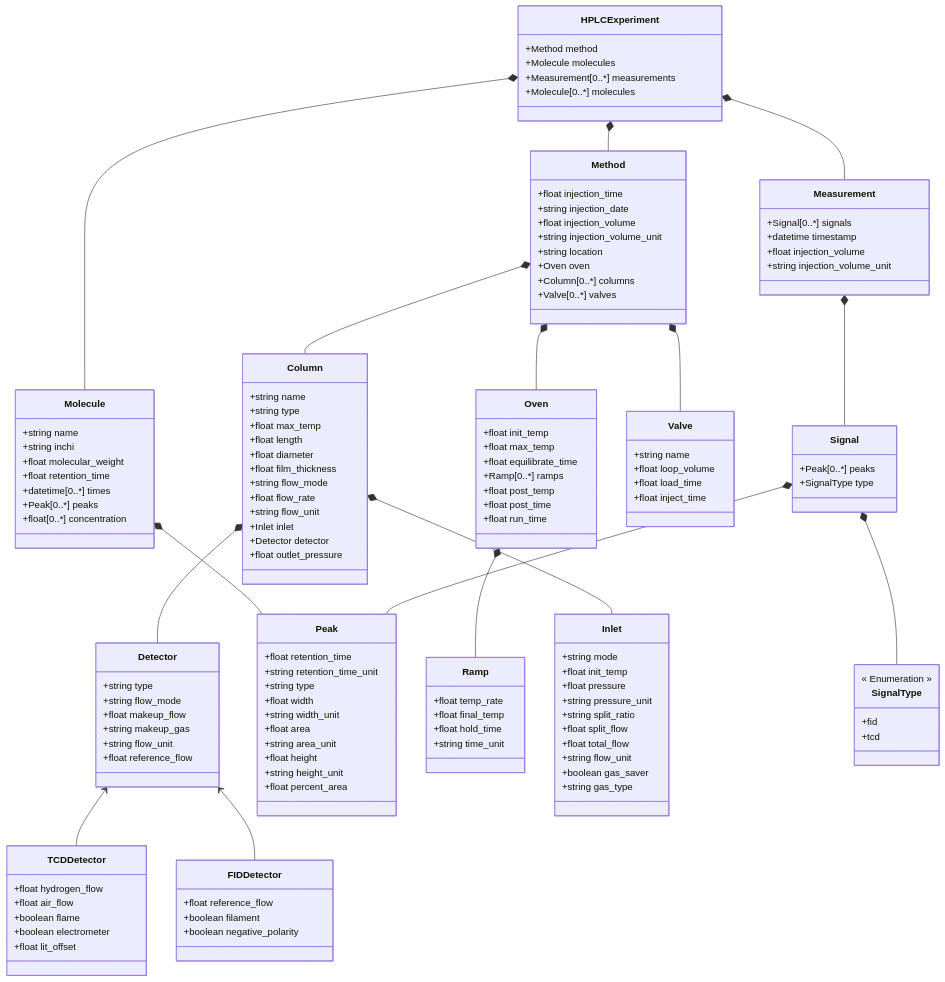
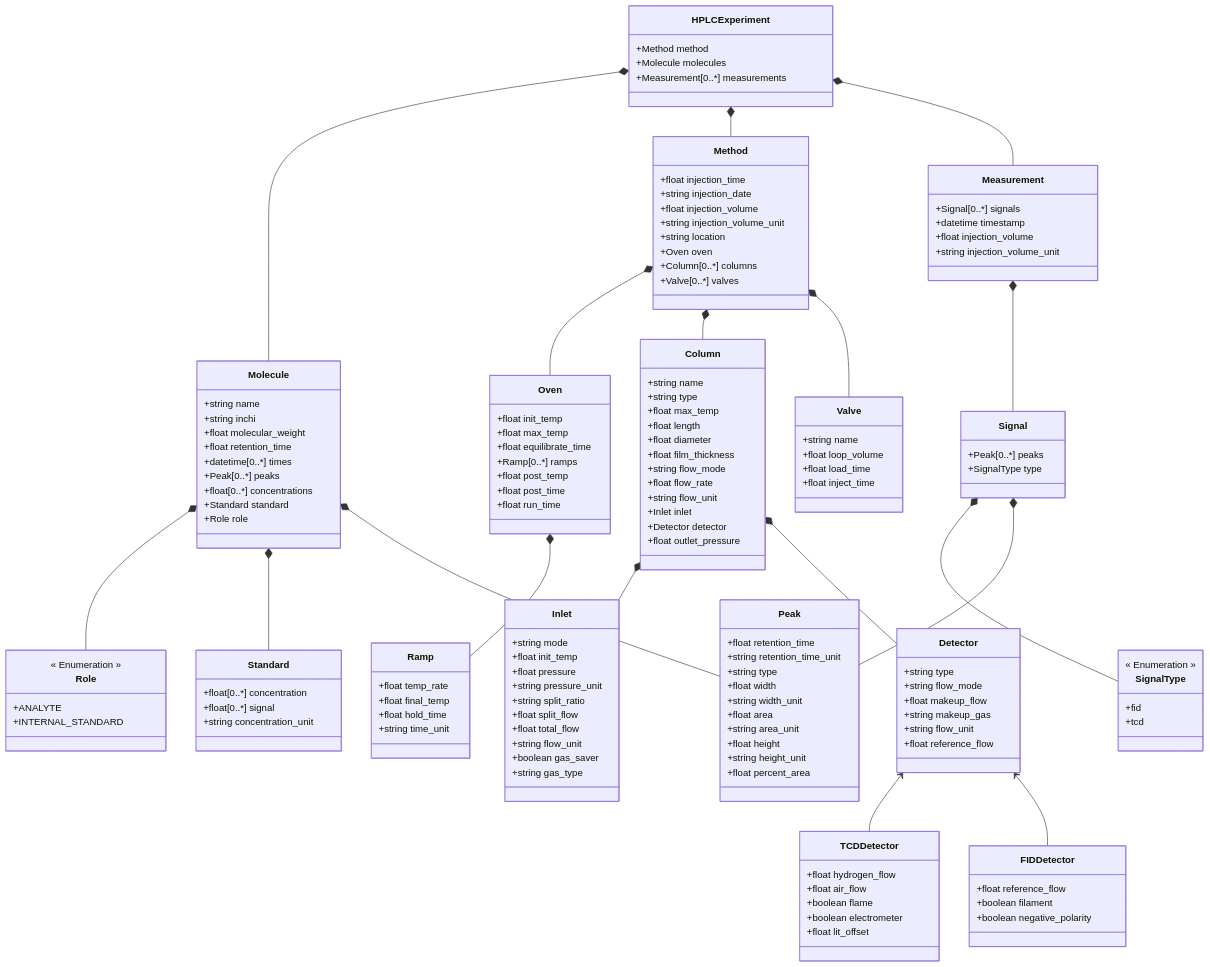
Before and after one commit to FAIRChemistry/chromatopy: the diagram in HPLC/schemes/hplc_schema.md, drawn with Mermaid. The commit also changed 8 other files, not shown here.

````diff
--- a/HPLC/schemes/hplc_schema.md
+++ b/HPLC/schemes/hplc_schema.md
@@ -5,6 +5,8 @@
     HPLCExperiment *-- Molecule
     HPLCExperiment *-- Method
     HPLCExperiment *-- Measurement
+    Molecule *-- Role
+    Molecule *-- Standard
     Molecule *-- Peak
     Method *-- Oven
     Method *-- Column
@@ -20,7 +22,6 @@
         +Method method
         +Molecule molecules
         +Measurement[0..*] measurements
-        +Molecule[0..*] molecules
     }
     
     class Molecule {
@@ -30,7 +31,15 @@
         +float retention_time
         +datetime[0..*] times
         +Peak[0..*] peaks
+        +float[0..*] concentrations
+        +Standard standard
+        +Role role
+    }
+    
+    class Standard {
         +float[0..*] concentration
+        +float[0..*] signal
+        +string concentration_unit
     }
     
     class Method {
@@ -150,4 +159,10 @@
         +tcd
     }
     
+    class Role {
+        << Enumeration >>
+        +ANALYTE
+        +INTERNAL_STANDARD
+    }
+    
 ```
````
